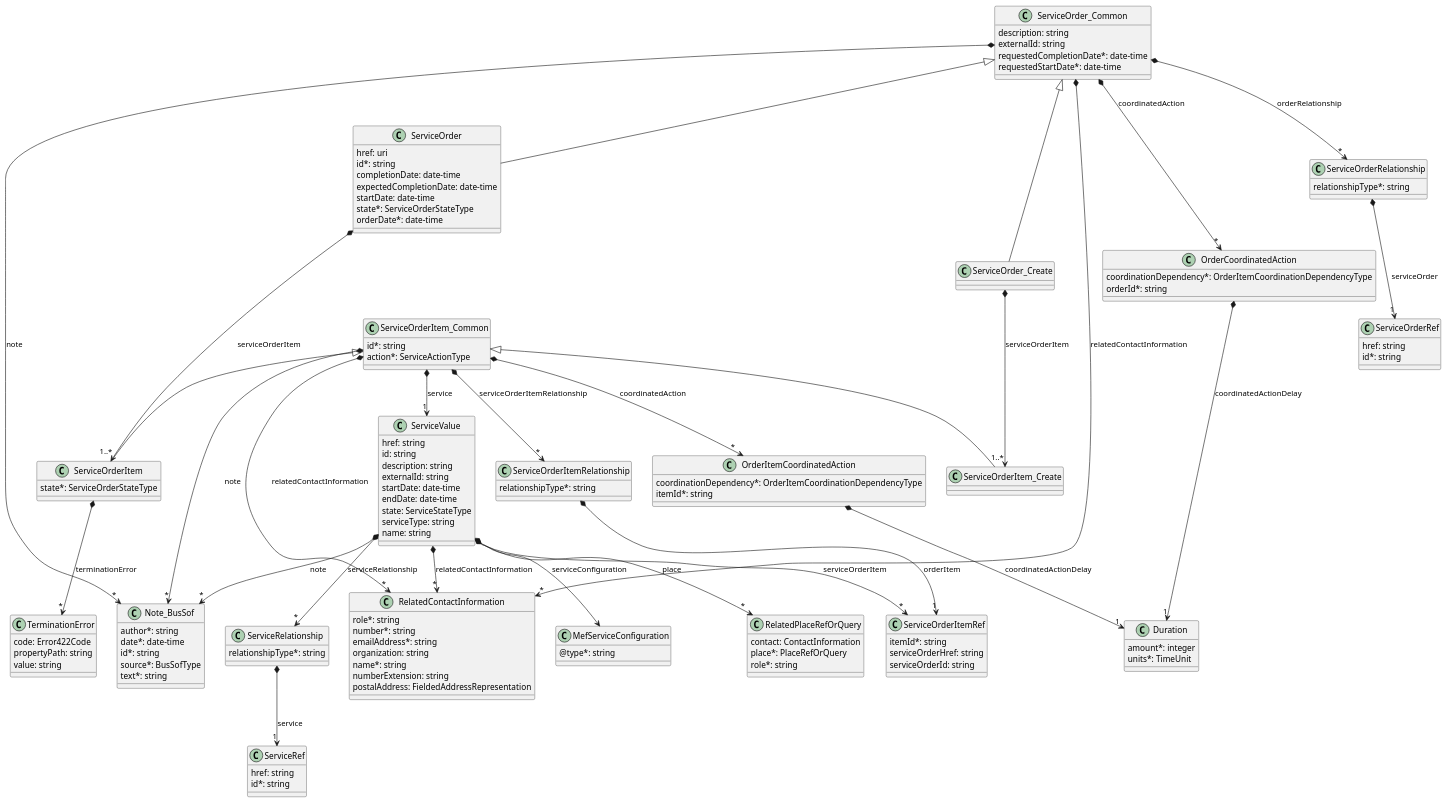
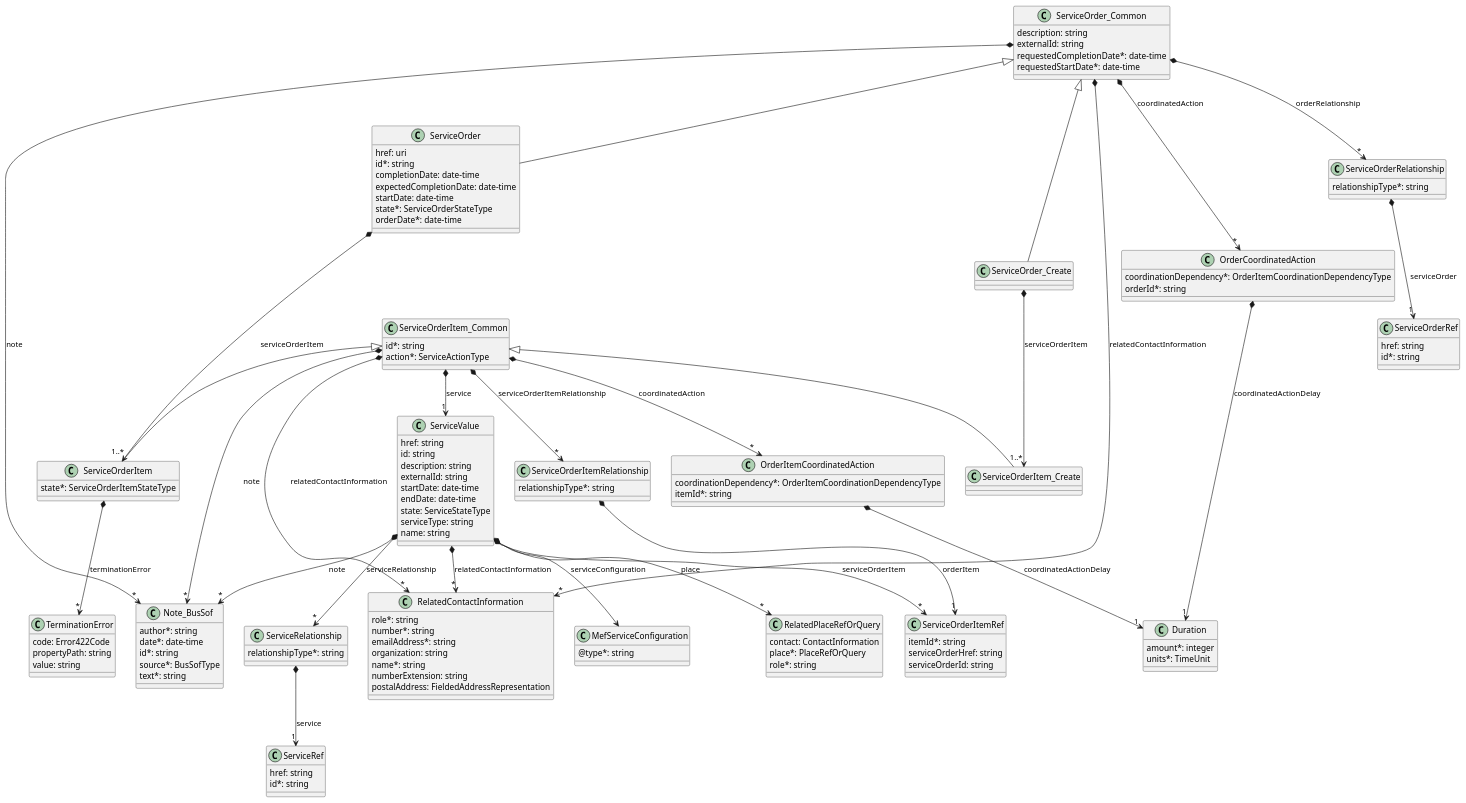
The diagram in documentation/serviceApi/order/media/src/serviceOrderModel.puml (MEF-GIT/MEF-LSO-Legato-SDK), drawn with PlantUML before and after one commit. The commit also changed 25 other files, not shown here.

```diff
--- a/documentation/serviceApi/order/media/src/serviceOrderModel.puml
+++ b/documentation/serviceApi/order/media/src/serviceOrderModel.puml
@@ -80,7 +80,7 @@
 
 class ServiceOrderItem {
 
-    state*: ServiceOrderStateType
+    state*: ServiceOrderItemStateType
 }
 ServiceOrderItem_Common <|-- ServiceOrderItem
 
```
